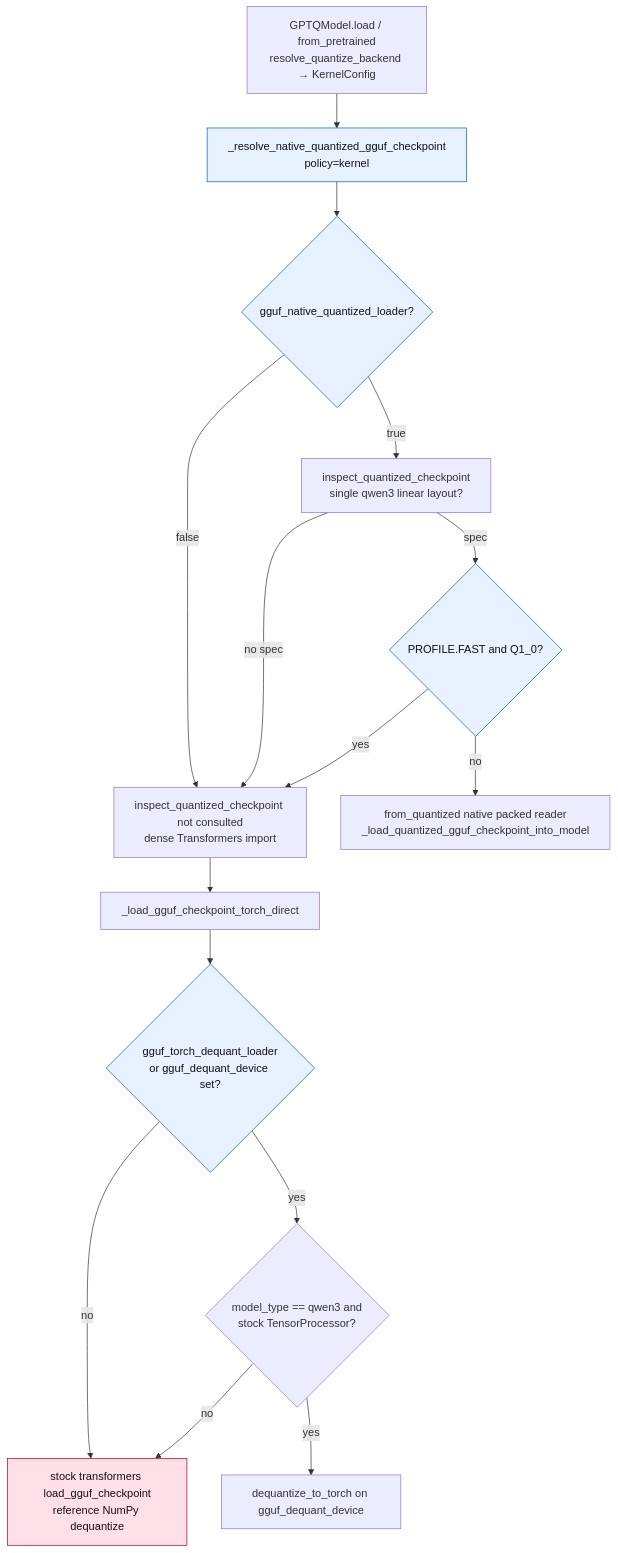
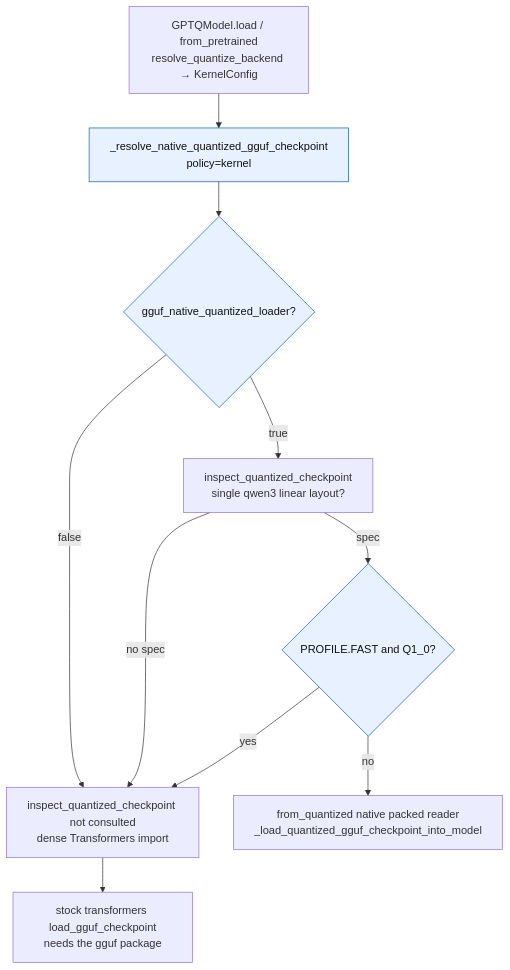
The diagram in docs/gguf-load-policy.md (ModelCloud/GPTQModel), drawn with Mermaid before and after one commit. The commit also changed other lines of this file and 2458 other files, not shown here.

First line of the commit message:
Port every supported model onto the Transformers 5.23 ABI; never patch Transformers (#4620)

````diff
--- a/docs/gguf-load-policy.md
+++ b/docs/gguf-load-policy.md
@@ -39,21 +39,14 @@
 ```mermaid
 flowchart TD
     A["GPTQModel.load / from_pretrained<br/>resolve_quantize_backend → KernelConfig"] --> B["_resolve_native_quantized_gguf_checkpoint<br/>policy=kernel"]
     B --> C{"gguf_native_quantized_loader?"}
     C -- "false" --> D["inspect_quantized_checkpoint not consulted<br/>dense Transformers import"]
     C -- "true" --> E["inspect_quantized_checkpoint<br/>single qwen3 linear layout?"]
     E -- "no spec" --> D
     E -- "spec" --> F{"PROFILE.FAST and Q1_0?"}
     F -- "yes" --> D
     F -- "no" --> G["from_quantized native packed reader<br/>_load_quantized_gguf_checkpoint_into_model"]
-    D --> H["_load_gguf_checkpoint_torch_direct"]
-    H --> I{"gguf_torch_dequant_loader<br/>or gguf_dequant_device set?"}
-    I -- "no" --> J["stock transformers load_gguf_checkpoint<br/>reference NumPy dequantize"]
-    I -- "yes" --> K{"model_type == qwen3 and<br/>stock TensorProcessor?"}
-    K -- "no" --> J
-    K -- "yes" --> L["dequantize_to_torch on gguf_dequant_device"]
-    classDef failure fill:#ffe0e8,stroke:#b30000,color:#111;
+    D --> J["stock transformers load_gguf_checkpoint<br/>needs the gguf package"]
     classDef policy fill:#e7f1ff,stroke:#0b5cad,color:#111;
-    class B,C,F,I policy;
-    class J failure;
+    class B,C,F policy;
 ```
````
